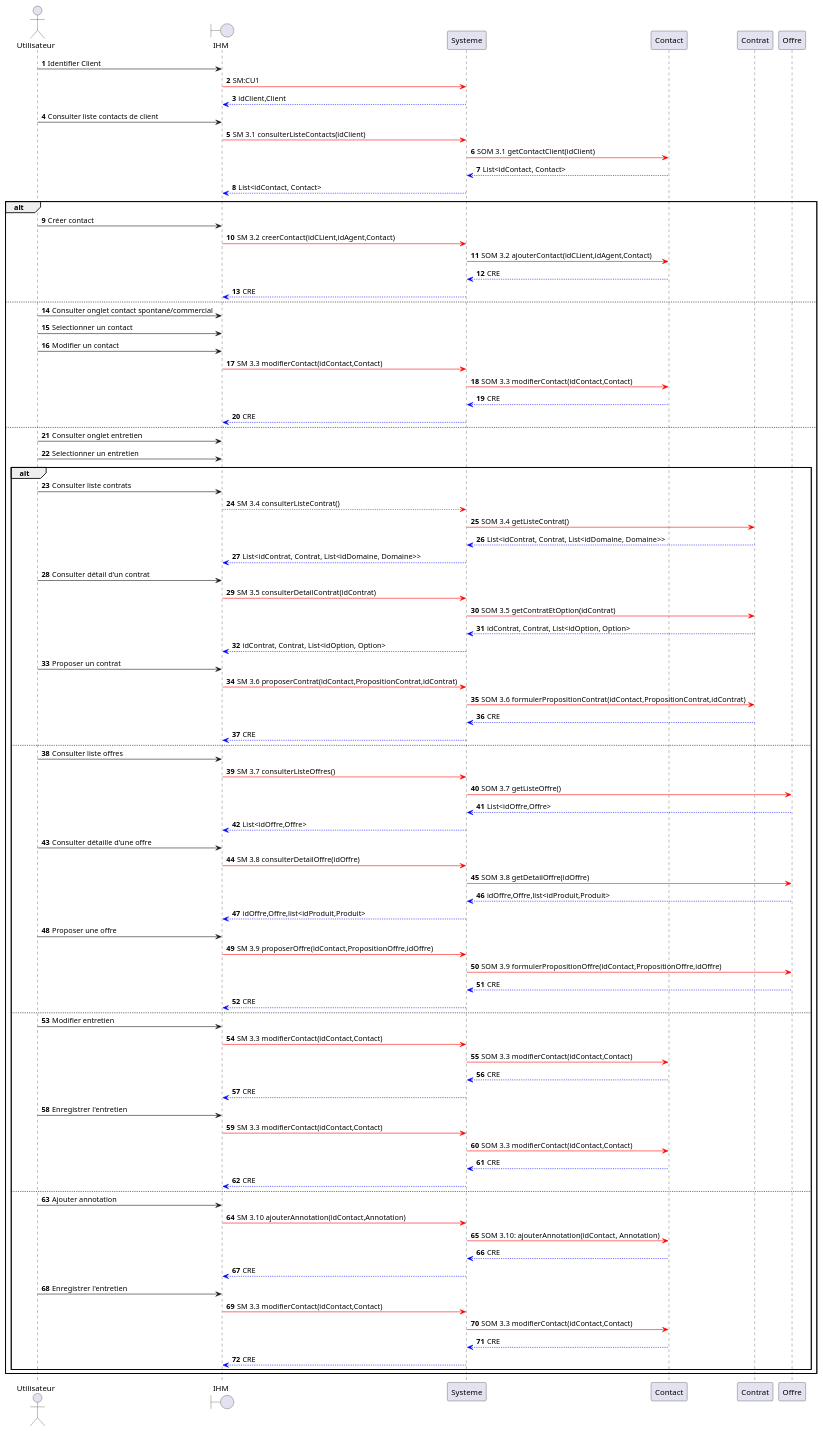
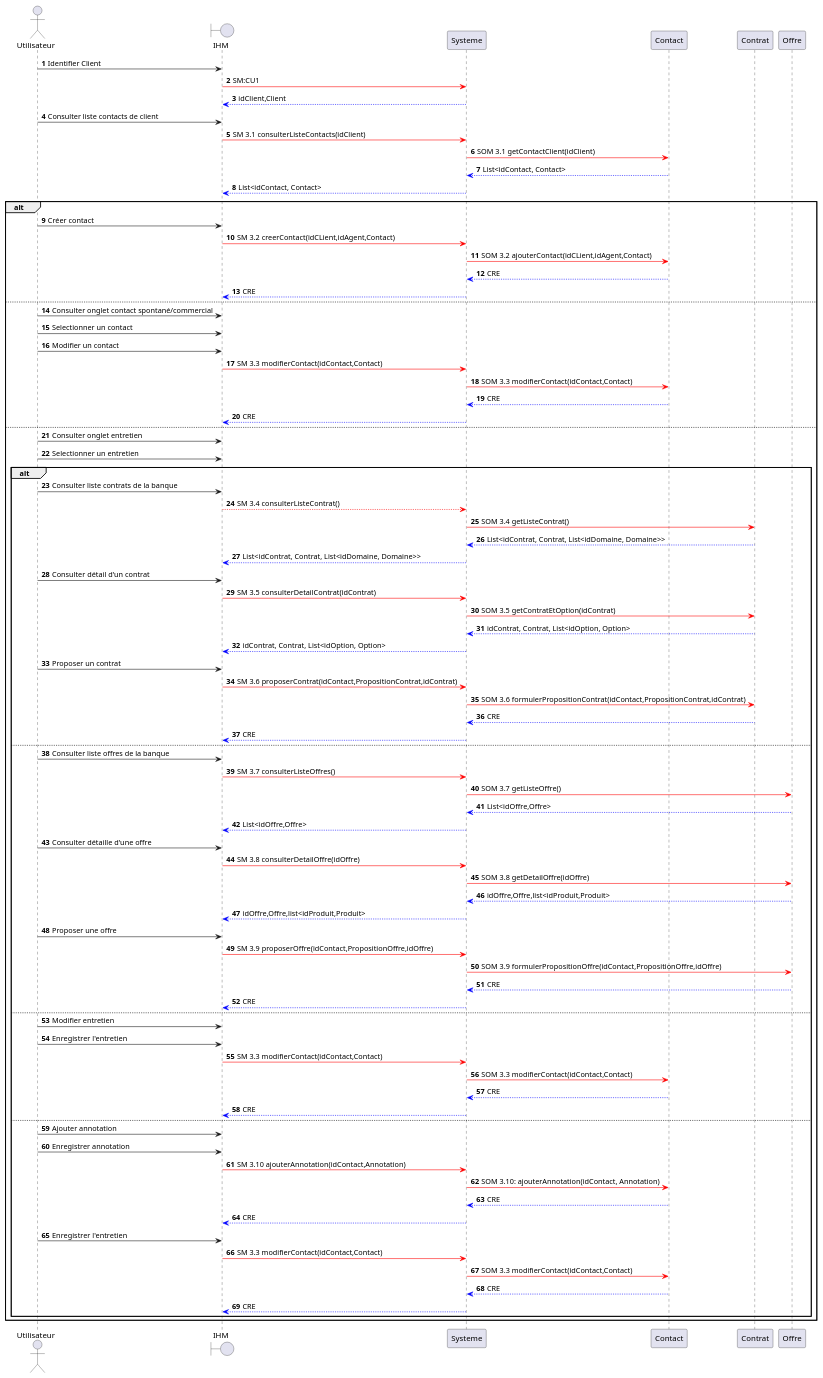
One commit to HZjiadong/PLD-MARS changed the diagram in src/documentation/CU3-DSD.puml. Above: the diagram before and after it, drawn with PlantUML. The commit also changed 1 other file, not shown here.

```diff
--- a/src/documentation/CU3-DSD.puml
+++ b/src/documentation/CU3-DSD.puml
@@ -1,102 +1,99 @@
 @startuml
 actor Utilisateur as U
 boundary IHM as I
 participant Systeme as S
 participant Contact as C
 participant Contrat as CON
 participant Offre as O
 
 autonumber
 
 U->I: Identifier Client
 I-[#red]>S: SM:CU1
 S-[#0000FF]->I: idClient,Client
 
 U->I: Consulter liste contacts de client
 I-[#red]>S: SM 3.1 consulterListeContacts(idClient)
 S-[#red]>C: SOM 3.1 getContactClient(idClient)
 C-[#0000FF]->S: List<idContact, Contact>
 S-[#0000FF]->I: List<idContact, Contact>
 
 alt
     U->I: Créer contact
     I-[#red]>S: SM 3.2 creerContact(idCLient,idAgent,Contact)
     S-[#red]>C: SOM 3.2 ajouterContact(idCLient,idAgent,Contact)
     C-[#0000FF]->S: CRE
     S-[#0000FF]->I: CRE
 else
     U->I: Consulter onglet contact spontané/commercial
     U->I: Selectionner un contact
     U->I: Modifier un contact
     I-[#red]>S: SM 3.3 modifierContact(idContact,Contact)
     S-[#red]>C: SOM 3.3 modifierContact(idContact,Contact)
     C-[#0000FF]->S: CRE
     S-[#0000FF]->I: CRE
 else
     U->I: Consulter onglet entretien
     U->I: Selectionner un entretien
     alt
-        U->I: Consulter liste contrats
+        U->I: Consulter liste contrats de la banque
         I--[#red]>S: SM 3.4 consulterListeContrat()
         S-[#red]>CON: SOM 3.4 getListeContrat()
         CON-[#0000FF]->S: List<idContrat, Contrat, List<idDomaine, Domaine>>
         S-[#0000FF]->I: List<idContrat, Contrat, List<idDomaine, Domaine>>
 
 
         U->I: Consulter détail d'un contrat
         I-[#red]>S: SM 3.5 consulterDetailContrat(idContrat)
         S -[#red]> CON : SOM 3.5 getContratEtOption(idContrat)
         CON -[#0000FF]-> S : idContrat, Contrat, List<idOption, Option>
         S -[#0000FF]-> I: idContrat, Contrat, List<idOption, Option>
 
         U->I: Proposer un contrat
         I-[#red]>S: SM 3.6 proposerContrat(idContact,PropositionContrat,idContrat)
         S-[#red]>CON: SOM 3.6 formulerPropositionContrat(idContact,PropositionContrat,idContrat)
         CON-[#0000FF]->S: CRE
         S-[#0000FF]->I: CRE
     else
-        U->I: Consulter liste offres
+        U->I: Consulter liste offres de la banque
         I-[#red]>S: SM 3.7 consulterListeOffres()
         S-[#red]>O: SOM 3.7 getListeOffre()
         O-[#0000FF]->S: List<idOffre,Offre>
         S-[#0000FF]->I: List<idOffre,Offre>
 
         U->I: Consulter détaille d'une offre
         I-[#red]>S: SM 3.8 consulterDetailOffre(idOffre)
         S -[#red]> O : SOM 3.8 getDetailOffre(idOffre)
         O -[#0000FF]-> S : idOffre,Offre,list<idProduit,Produit>
         S-[#0000FF]->I: idOffre,Offre,list<idProduit,Produit>
 
         U->I: Proposer une offre
         I-[#red]>S: SM 3.9 proposerOffre(idContact,PropositionOffre,idOffre)
         S-[#red]>O: SOM 3.9 formulerPropositionOffre(idContact,PropositionOffre,idOffre)
         O-[#0000FF]->S: CRE
         S-[#0000FF]->I: CRE
     else
         U->I: Modifier entretien
+        U->I: Enregistrer l'entretien
         I-[#red]>S: SM 3.3 modifierContact(idContact,Contact)
         S-[#red]>C: SOM 3.3 modifierContact(idContact,Contact)
         C-[#0000FF]->S: CRE
         S-[#0000FF]->I: CRE
 
-        U->I: Enregistrer l'entretien
-        I-[#red]>S: SM 3.3 modifierContact(idContact,Contact)
-        S-[#red]>C: SOM 3.3 modifierContact(idContact,Contact)
-        C-[#0000FF]->S: CRE
-        S-[#0000FF]->I: CRE
     else
         U->I: Ajouter annotation
+        U->I: Enregistrer annotation
         I-[#red]>S: SM 3.10 ajouterAnnotation(idContact,Annotation)
         S-[#red]>C: SOM 3.10: ajouterAnnotation(idContact, Annotation)
         C-[#0000FF]->S:CRE
         S-[#0000FF]->I: CRE
 
         U->I: Enregistrer l'entretien
         I-[#red]>S: SM 3.3 modifierContact(idContact,Contact)
         S-[#red]>C: SOM 3.3 modifierContact(idContact,Contact)
         C-[#0000FF]->S: CRE
         S-[#0000FF]->I: CRE
     end
 end
 
 @enduml
```
